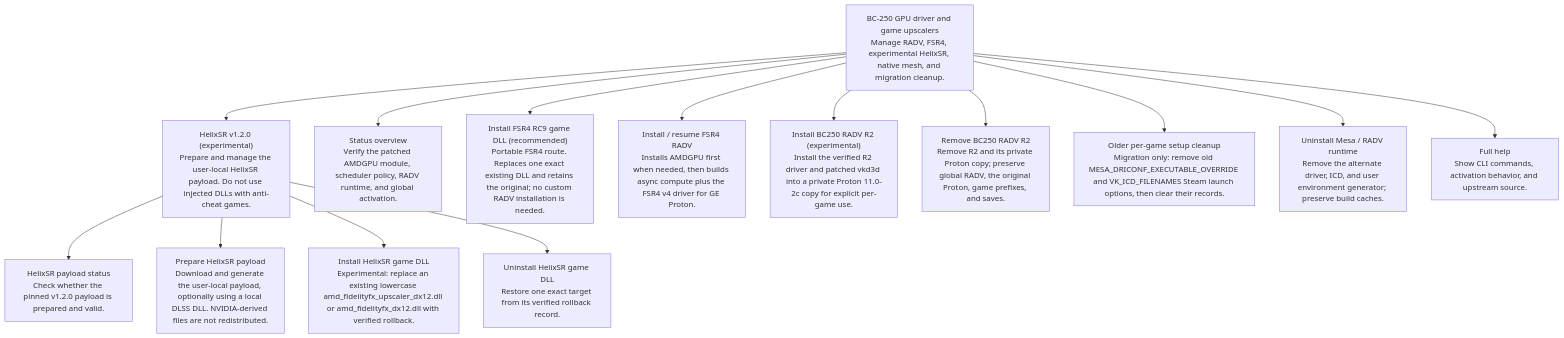
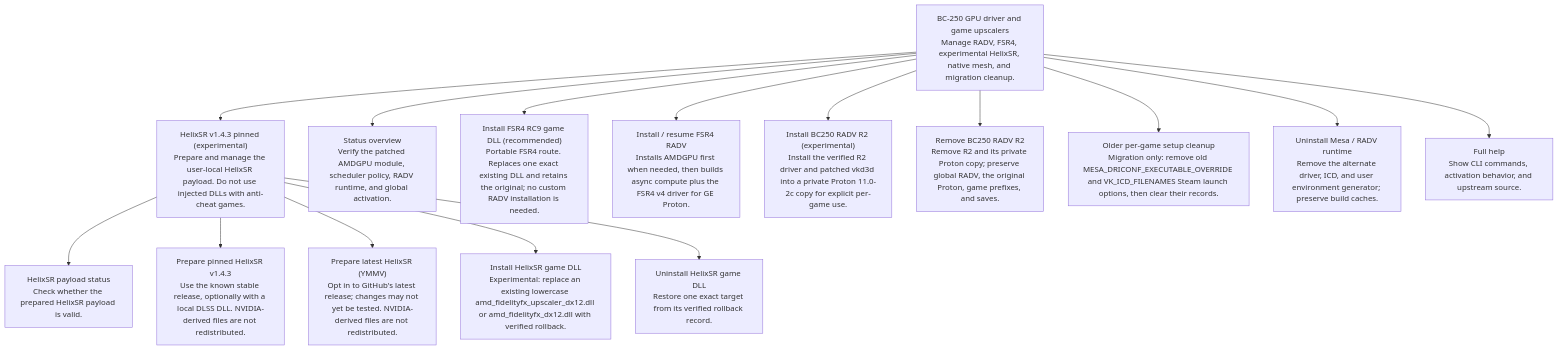
The diagram in menus/mesh-shader.mmd (keyboardspecialist/bc250-steamos), drawn with Mermaid before and after one commit. The commit also changed 9 other files, not shown here.

Commit message:
release: add HelixSR latest option and bump to v0.32.0

```diff
--- a/menus/mesh-shader.mmd
+++ b/menus/mesh-shader.mmd
@@ -1,32 +1,34 @@
 %% menu-flow-v1
 flowchart TD
 
 menu__root["BC-250 GPU driver and game upscalers<br/>Manage RADV, FSR4, experimental HelixSR, native mesh, and migration cleanup."]:::root
-menu__helixsr["HelixSR v1.2.0 (experimental)<br/>Prepare and manage the user-local HelixSR payload. Do not use injected DLLs with anti-cheat games."]:::menu
+menu__helixsr["HelixSR v1.4.3 pinned (experimental)<br/>Prepare and manage the user-local HelixSR payload. Do not use injected DLLs with anti-cheat games."]:::menu
 action__status["Status overview<br/>Verify the patched AMDGPU module, scheduler policy, RADV runtime, and global activation."]:::read_only
 action__fsr4_dll["Install FSR4 RC9 game DLL (recommended)<br/>Portable FSR4 route. Replaces one exact existing DLL and retains the original; no custom RADV installation is needed."]:::install
-action__helixsr_status["HelixSR payload status<br/>Check whether the pinned v1.2.0 payload is prepared and valid."]:::read_only
-action__helixsr_prepare["Prepare HelixSR payload<br/>Download and generate the user-local payload, optionally using a local DLSS DLL. NVIDIA-derived files are not redistributed."]:::experimental
+action__helixsr_status["HelixSR payload status<br/>Check whether the prepared HelixSR payload is valid."]:::read_only
+action__helixsr_prepare["Prepare pinned HelixSR v1.4.3<br/>Use the known stable release, optionally with a local DLSS DLL. NVIDIA-derived files are not redistributed."]:::experimental
+action__helixsr_prepare_latest["Prepare latest HelixSR (YMMV)<br/>Opt in to GitHub's latest release; changes may not yet be tested. NVIDIA-derived files are not redistributed."]:::experimental
 action__helixsr_install["Install HelixSR game DLL<br/>Experimental: replace an existing lowercase amd_fidelityfx_upscaler_dx12.dll or amd_fidelityfx_dx12.dll with verified rollback."]:::experimental
 action__helixsr_uninstall["Uninstall HelixSR game DLL<br/>Restore one exact target from its verified rollback record."]:::cleanup
 action__setup["Install / resume FSR4 RADV<br/>Installs AMDGPU first when needed, then builds async compute plus the FSR4 v4 driver for GE Proton."]:::install
 action__native_mesh_install["Install BC250 RADV R2 (experimental)<br/>Install the verified R2 driver and patched vkd3d into a private Proton 11.0-2c copy for explicit per-game use."]:::experimental
 action__native_mesh_remove["Remove BC250 RADV R2<br/>Remove R2 and its private Proton copy; preserve global RADV, the original Proton, game prefixes, and saves."]:::cleanup
 action__legacy_cleanup["Older per-game setup cleanup<br/>Migration only: remove old MESA_DRICONF_EXECUTABLE_OVERRIDE and VK_ICD_FILENAMES Steam launch options, then clear their records."]:::cleanup
 action__uninstall["Uninstall Mesa / RADV runtime<br/>Remove the alternate driver, ICD, and user environment generator; preserve build caches."]:::cleanup
 action__help["Full help<br/>Show CLI commands, activation behavior, and upstream source."]:::read_only
 
 menu__root --> action__status
 menu__root --> action__fsr4_dll
 menu__root --> menu__helixsr
 menu__root --> action__setup
 menu__root --> action__native_mesh_install
 menu__root --> action__native_mesh_remove
 menu__root --> action__legacy_cleanup
 menu__root --> action__uninstall
 menu__root --> action__help
 
 menu__helixsr --> action__helixsr_status
 menu__helixsr --> action__helixsr_prepare
+menu__helixsr --> action__helixsr_prepare_latest
 menu__helixsr --> action__helixsr_install
 menu__helixsr --> action__helixsr_uninstall
```
